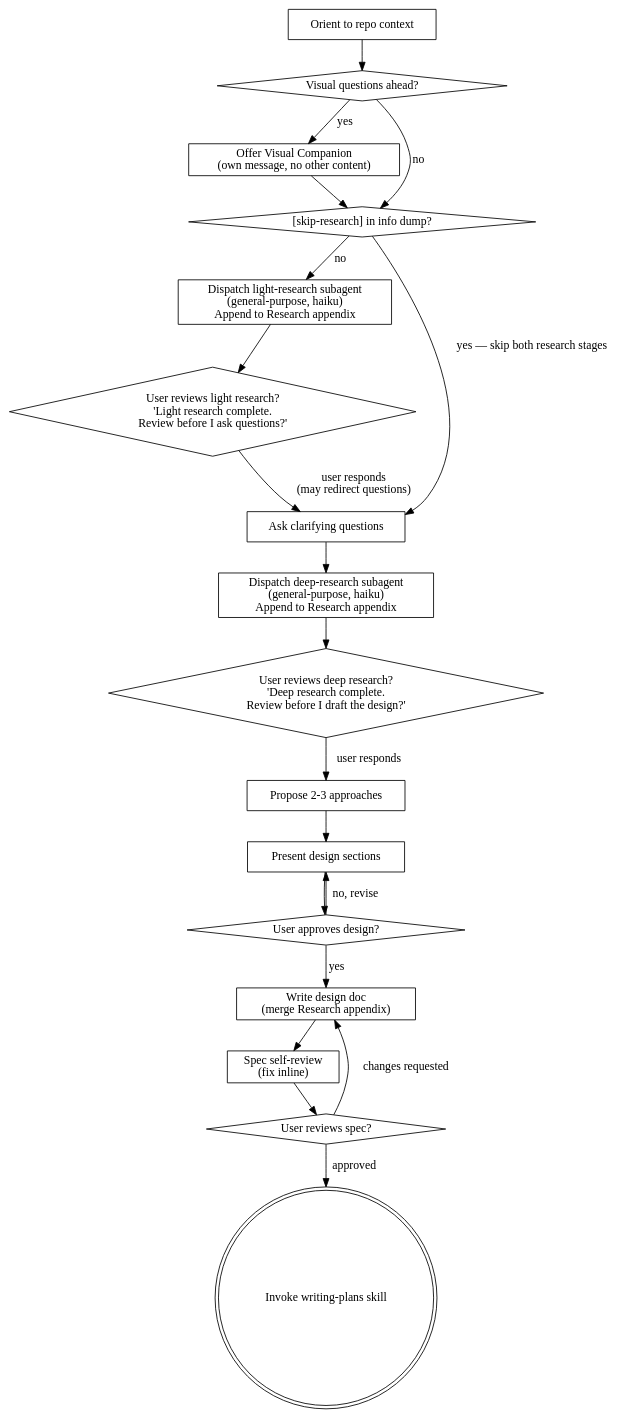
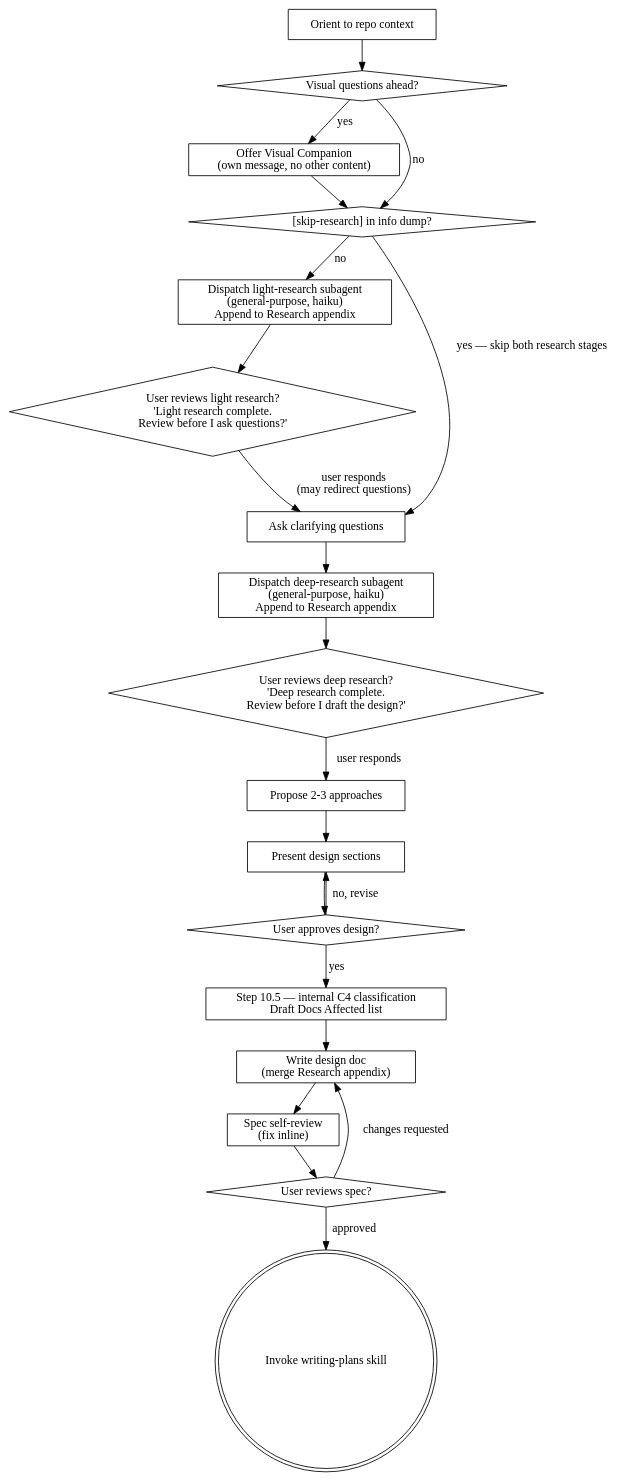
Before and after one commit to TeamClyde/clydes_claude: the diagram in skills/brainstorming/SKILL.md, drawn with Graphviz. The commit also changed other lines of this file, not shown here.

Commit message:
feat: add internal Step 10.5 C4 classification + Docs Affected drafting; reword Step 10 ADR-candidate as orthogonal [no-plan-update]

````diff
--- a/skills/brainstorming/SKILL.md
+++ b/skills/brainstorming/SKILL.md
@@ -45,40 +75,42 @@
 ```dot
 digraph brainstorming {
     "Orient to repo context" [shape=box];
     "Visual questions ahead?" [shape=diamond];
     "Offer Visual Companion\n(own message, no other content)" [shape=box];
     "[skip-research] in info dump?" [shape=diamond];
     "Dispatch light-research subagent\n(general-purpose, haiku)\nAppend to Research appendix" [shape=box];
     "User reviews light research?\n'Light research complete.\nReview before I ask questions?'" [shape=diamond];
     "Ask clarifying questions" [shape=box];
     "Dispatch deep-research subagent\n(general-purpose, haiku)\nAppend to Research appendix" [shape=box];
     "User reviews deep research?\n'Deep research complete.\nReview before I draft the design?'" [shape=diamond];
     "Propose 2-3 approaches" [shape=box];
     "Present design sections" [shape=box];
     "User approves design?" [shape=diamond];
+    "Step 10.5 — internal C4 classification\nDraft Docs Affected list" [shape=box];
     "Write design doc\n(merge Research appendix)" [shape=box];
     "Spec self-review\n(fix inline)" [shape=box];
     "User reviews spec?" [shape=diamond];
     "Invoke writing-plans skill" [shape=doublecircle];
 
     "Orient to repo context" -> "Visual questions ahead?";
     "Visual questions ahead?" -> "Offer Visual Companion\n(own message, no other content)" [label="yes"];
     "Visual questions ahead?" -> "[skip-research] in info dump?" [label="no"];
     "Offer Visual Companion\n(own message, no other content)" -> "[skip-research] in info dump?";
     "[skip-research] in info dump?" -> "Ask clarifying questions" [label="yes — skip both research stages"];
     "[skip-research] in info dump?" -> "Dispatch light-research subagent\n(general-purpose, haiku)\nAppend to Research appendix" [label="no"];
     "Dispatch light-research subagent\n(general-purpose, haiku)\nAppend to Research appendix" -> "User reviews light research?\n'Light research complete.\nReview before I ask questions?'";
     "User reviews light research?\n'Light research complete.\nReview before I ask questions?'" -> "Ask clarifying questions" [label="user responds\n(may redirect questions)"];
     "Ask clarifying questions" -> "Dispatch deep-research subagent\n(general-purpose, haiku)\nAppend to Research appendix";
     "Dispatch deep-research subagent\n(general-purpose, haiku)\nAppend to Research appendix" -> "User reviews deep research?\n'Deep research complete.\nReview before I draft the design?'";
     "User reviews deep research?\n'Deep research complete.\nReview before I draft the design?'" -> "Propose 2-3 approaches" [label="user responds"];
     "Propose 2-3 approaches" -> "Present design sections";
     "Present design sections" -> "User approves design?";
     "User approves design?" -> "Present design sections" [label="no, revise"];
-    "User approves design?" -> "Write design doc\n(merge Research appendix)" [label="yes"];
+    "User approves design?" -> "Step 10.5 — internal C4 classification\nDraft Docs Affected list" [label="yes"];
+    "Step 10.5 — internal C4 classification\nDraft Docs Affected list" -> "Write design doc\n(merge Research appendix)";
     "Write design doc\n(merge Research appendix)" -> "Spec self-review\n(fix inline)";
     "Spec self-review\n(fix inline)" -> "User reviews spec?";
     "User reviews spec?" -> "Write design doc\n(merge Research appendix)" [label="changes requested"];
     "User reviews spec?" -> "Invoke writing-plans skill" [label="approved"];
 }
 ```
````
